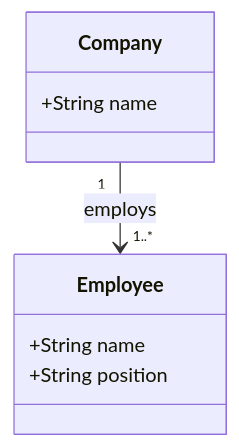
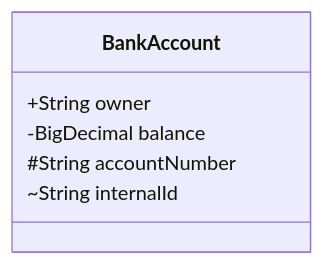
The ninth of 30 diagrams in skills/mermaid/examples/class.md (teachingai/full-stack-skills), drawn with Mermaid before and after one commit. The commit also changed other lines of this file and 21 other files, not shown here.

First line of the commit message:
docs(mermaid): 更新架构、块、C4和类图示例文档

````diff
--- a/skills/mermaid/examples/class.md
+++ b/skills/mermaid/examples/class.md
@@ -129,12 +166,9 @@
 ```mermaid
 classDiagram
-    class Company {
-        +String name
-    }
-    class Employee {
-        +String name
-        +String position
-    }
-
-    Company "1" --> "1..*" Employee : employs
+class BankAccount{
+    +String owner
+    -BigDecimal balance
+    #String accountNumber
+    ~String internalId
+}
 ```
````
